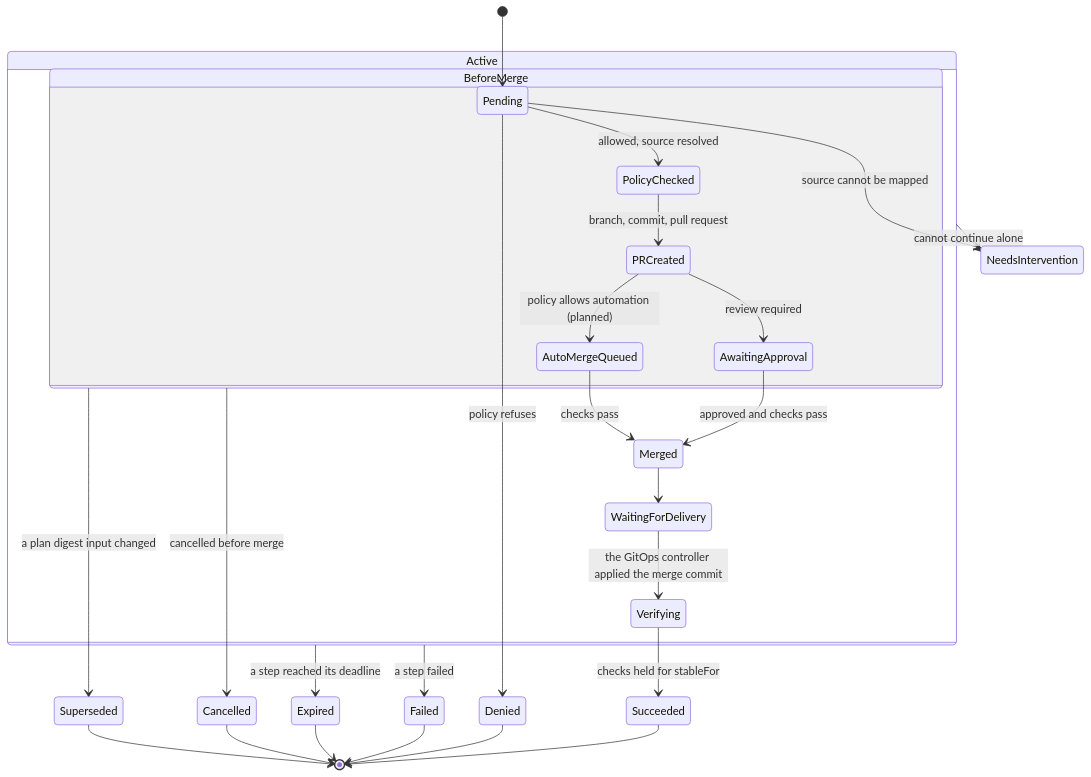
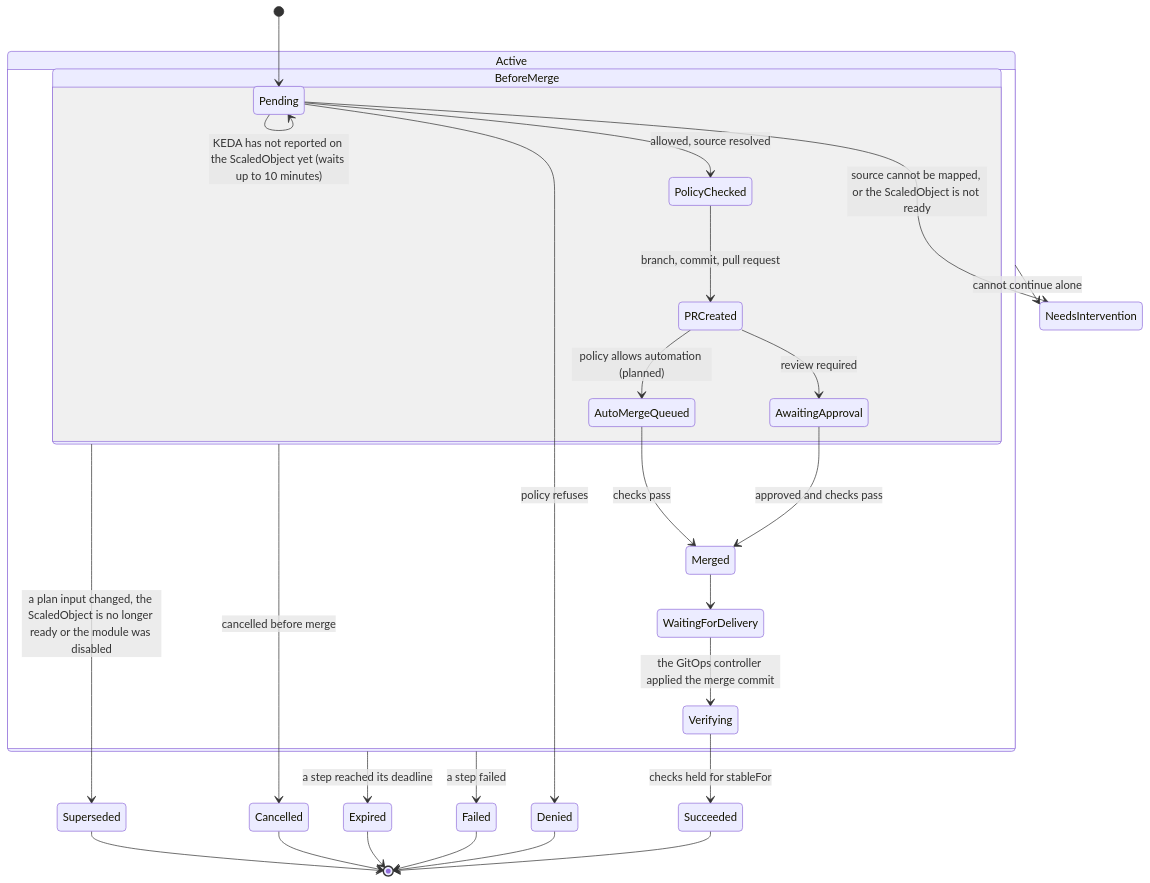
One commit to pkalin/shadewright changed the third of 5 diagrams in docs/design.md. Above: the diagram before and after it, drawn with Mermaid. The commit also changed other lines of this file and 16 other files, not shown here.

````diff
--- a/docs/design.md
+++ b/docs/design.md
@@ -471,30 +478,31 @@
 ```mermaid
 stateDiagram-v2
     [*] --> Pending
     state Active {
         state BeforeMerge {
             Pending --> PolicyChecked: allowed, source resolved
             PolicyChecked --> PRCreated: branch, commit, pull request
             PRCreated --> AwaitingApproval: review required
             PRCreated --> AutoMergeQueued: policy allows automation (planned)
             AwaitingApproval --> Merged: approved and checks pass
             AutoMergeQueued --> Merged: checks pass
         }
         Merged --> WaitingForDelivery
         WaitingForDelivery --> Verifying: the GitOps controller applied the merge commit
     }
     Pending --> Denied: policy refuses
-    Pending --> NeedsIntervention: source cannot be mapped
+    Pending --> NeedsIntervention: source cannot be mapped, or the ScaledObject is not ready
+    Pending --> Pending: KEDA has not reported on the ScaledObject yet (waits up to 10 minutes)
     Verifying --> Succeeded: checks held for stableFor
     BeforeMerge --> Cancelled: cancelled before merge
-    BeforeMerge --> Superseded: a plan digest input changed
+    BeforeMerge --> Superseded: a plan input changed, the ScaledObject is no longer ready or the module was disabled
     Active --> Expired: a step reached its deadline
     Active --> Failed: a step failed
     Active --> NeedsIntervention: cannot continue alone
     Succeeded --> [*]
     Denied --> [*]
     Failed --> [*]
     Expired --> [*]
     Cancelled --> [*]
     Superseded --> [*]
 ```
````
